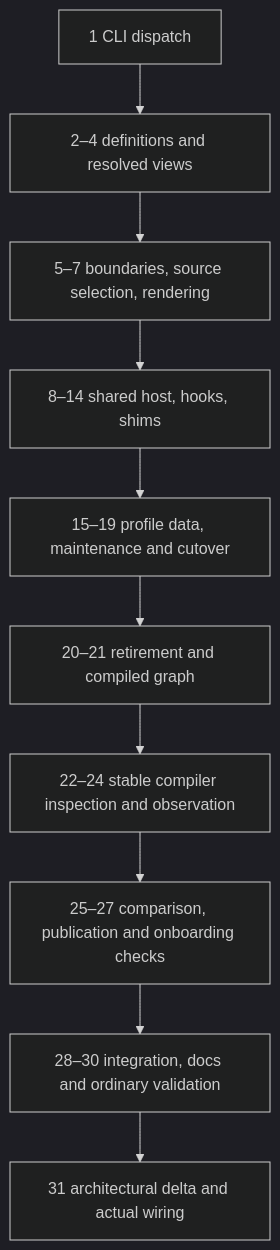
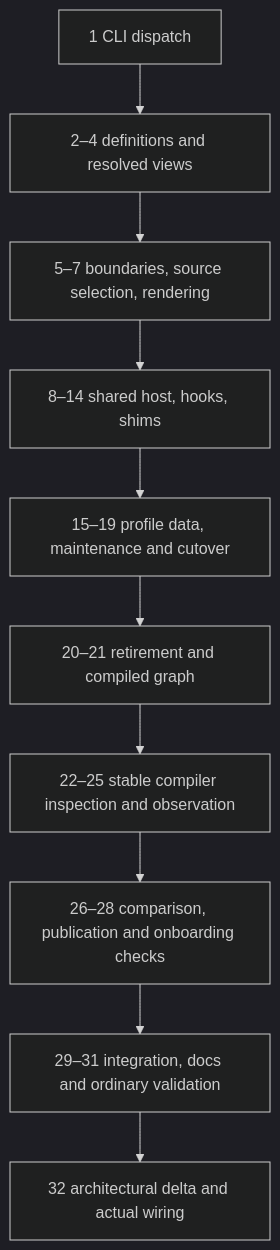
One commit to neria-cloud/gosim changed the diagram in docs/plans/20261021-compact-go-versions.md. Above: the diagram before and after it, drawn with Mermaid (dark theme). The commit also changed other lines of this file, not shown here.

````diff
--- a/docs/plans/20261021-compact-go-versions.md
+++ b/docs/plans/20261021-compact-go-versions.md
@@ -40,12 +41,12 @@
 ```mermaid
 flowchart TD
   CLI[1 CLI dispatch] --> Schema[2–4 definitions and resolved views]
   Schema --> Prep[5–7 boundaries, source selection, rendering]
   Prep --> Move[8–14 shared host, hooks, shims]
   Move --> Metadata[15–19 profile data, maintenance and cutover]
   Metadata --> Boundary[20–21 retirement and compiled graph]
-  Boundary --> Inspect[22–24 stable compiler inspection and observation]
-  Inspect --> Compare[25–27 comparison, publication and onboarding checks]
-  Compare --> Finish[28–30 integration, docs and ordinary validation]
-  Finish --> Delta[31 architectural delta and actual wiring]
+  Boundary --> Inspect[22–25 stable compiler inspection and observation]
+  Inspect --> Compare[26–28 comparison, publication and onboarding checks]
+  Compare --> Finish[29–31 integration, docs and ordinary validation]
+  Finish --> Delta[32 architectural delta and actual wiring]
 ```
````
